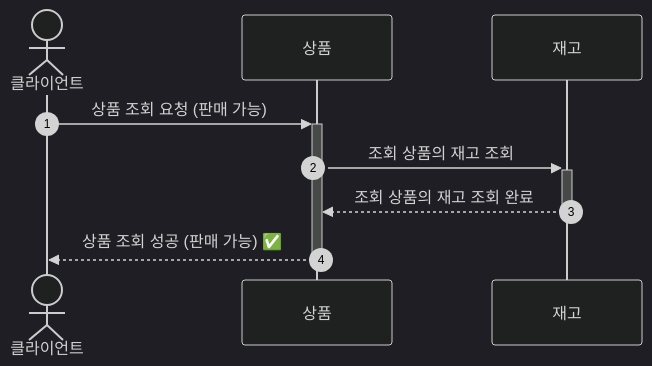
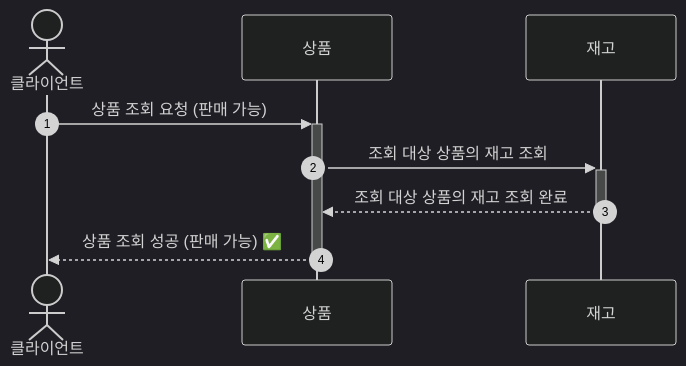
Before and after one commit to discphy/hhplus-e-commerce: the third of 7 diagrams in docs/architecture/03-1.SequenceDiagram.md, drawn with Mermaid (dark theme). The commit also changed other lines of this file, not shown here.

Commit message:
[DOCS] 시퀀스 다이어그램 문서 다듬기

````diff
--- a/docs/architecture/03-1.SequenceDiagram.md
+++ b/docs/architecture/03-1.SequenceDiagram.md
@@ -116,11 +116,11 @@
 ```mermaid
 sequenceDiagram
     autonumber
     actor 클라이언트
     participant 상품
     participant 재고
     클라이언트 ->>+ 상품: 상품 조회 요청 (판매 가능)
-    상품 ->>+ 재고: 조회 상품의 재고 조회
-    재고 -->>- 상품: 조회 상품의 재고 조회 완료
+    상품 ->>+ 재고: 조회 대상 상품의 재고 조회
+    재고 -->>- 상품: 조회 대상 상품의 재고 조회 완료
     상품 -->>- 클라이언트: 상품 조회 성공 (판매 가능) ✅
 ```
````
